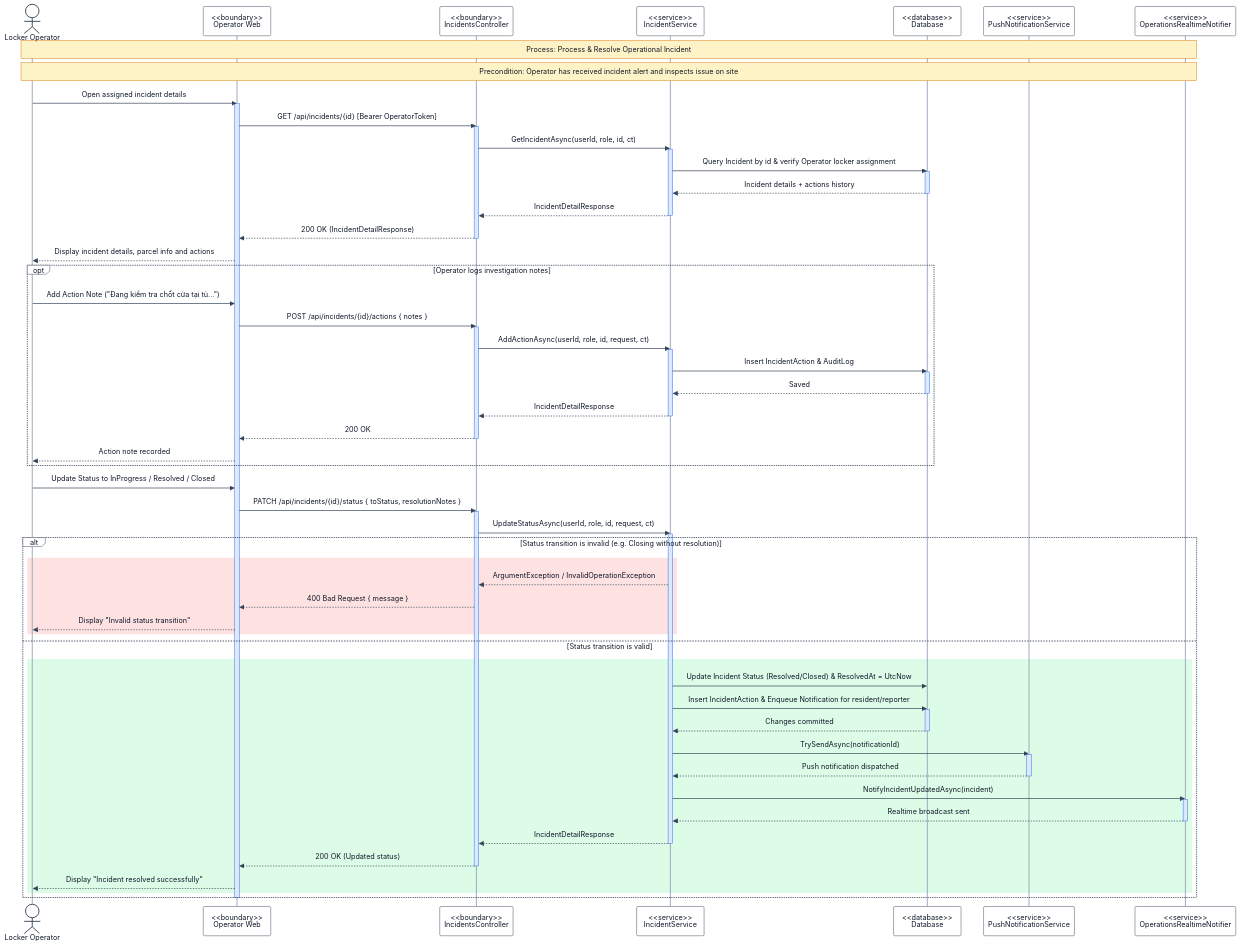
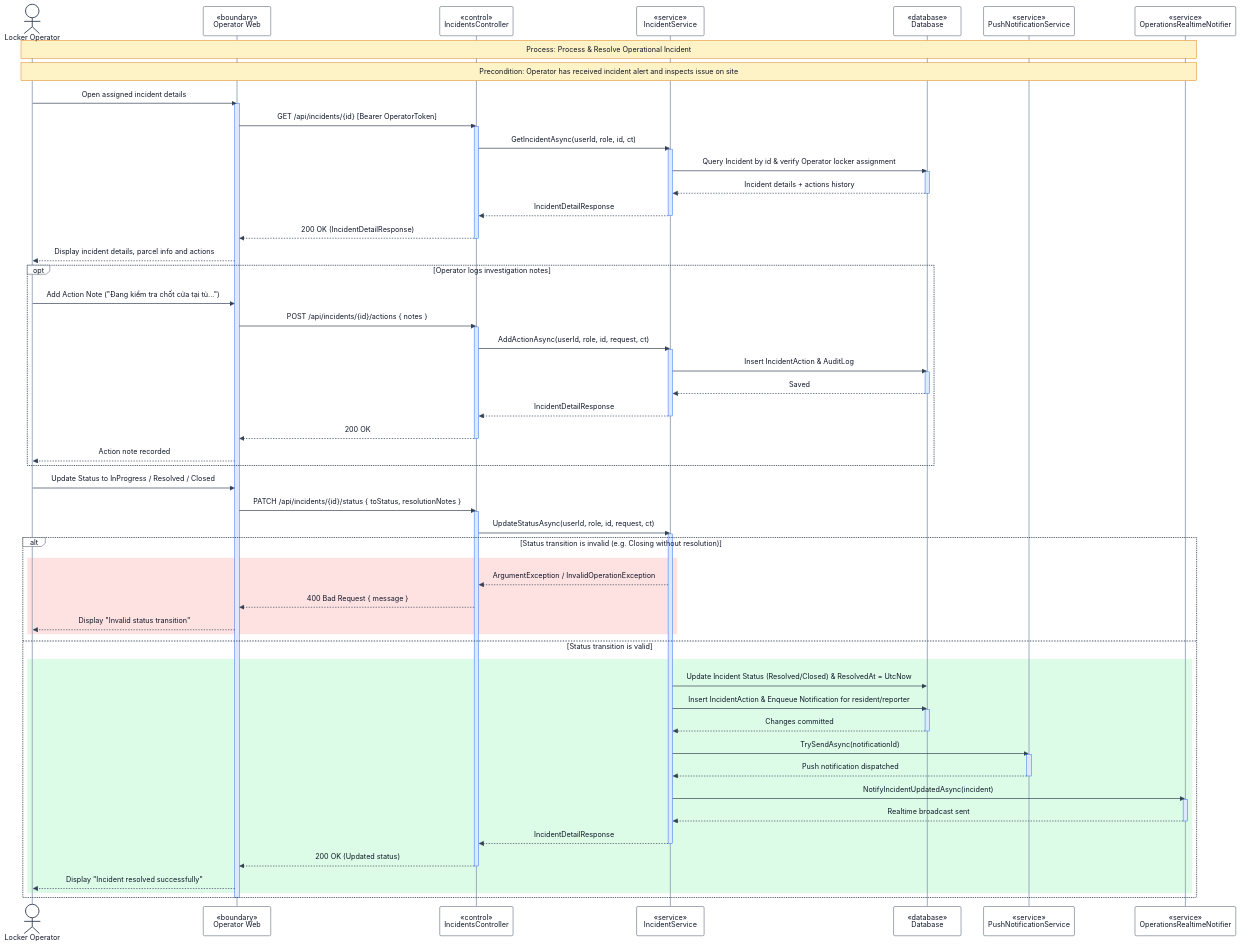
Before and after one commit to se-05-sdlms/smart-locking-diagram: the diagram in RP4/3.5 Locker Operations, Monitoring & Incident Handling/3.5.4 Process & Resolve Operational Incident Sequence Diagram.md, drawn with Mermaid. The commit also changed 36 other files, not shown here.

Commit message:
Update diagram

```diff
--- a/RP4/3.5 Locker Operations, Monitoring & Incident Handling/3.5.4 Process & Resolve Operational Incident Sequence Diagram.md
+++ b/RP4/3.5 Locker Operations, Monitoring & Incident Handling/3.5.4 Process & Resolve Operational Incident Sequence Diagram.md
@@ -21,12 +21,12 @@
 sequenceDiagram
 
 actor OP as Locker Operator
-participant WEB as <<boundary>><br/>Operator Web
-participant CTRL as <<boundary>><br/>IncidentsController
-participant SVC as <<service>><br/>IncidentService
-participant DB as <<database>><br/>Database
-participant PUSH as <<service>><br/>PushNotificationService
-participant HUB as <<service>><br/>OperationsRealtimeNotifier
+participant WEB as «boundary»<br/>Operator Web
+participant CTRL as «control»<br/>IncidentsController
+participant SVC as «service»<br/>IncidentService
+participant DB as «database»<br/>Database
+participant PUSH as «service»<br/>PushNotificationService
+participant HUB as «service»<br/>OperationsRealtimeNotifier
 
 Note over OP,HUB: Process: Process & Resolve Operational Incident
 Note over OP,HUB: Precondition: Operator has received incident alert and inspects issue on site
```
